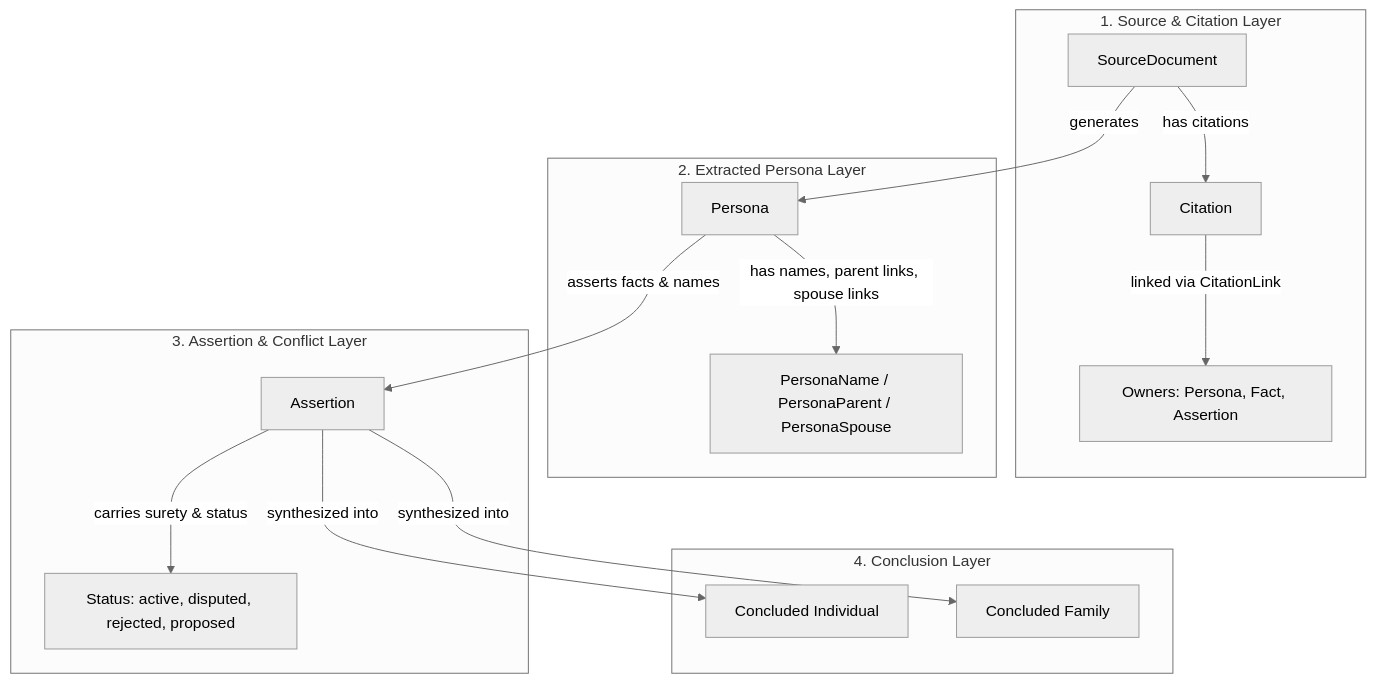
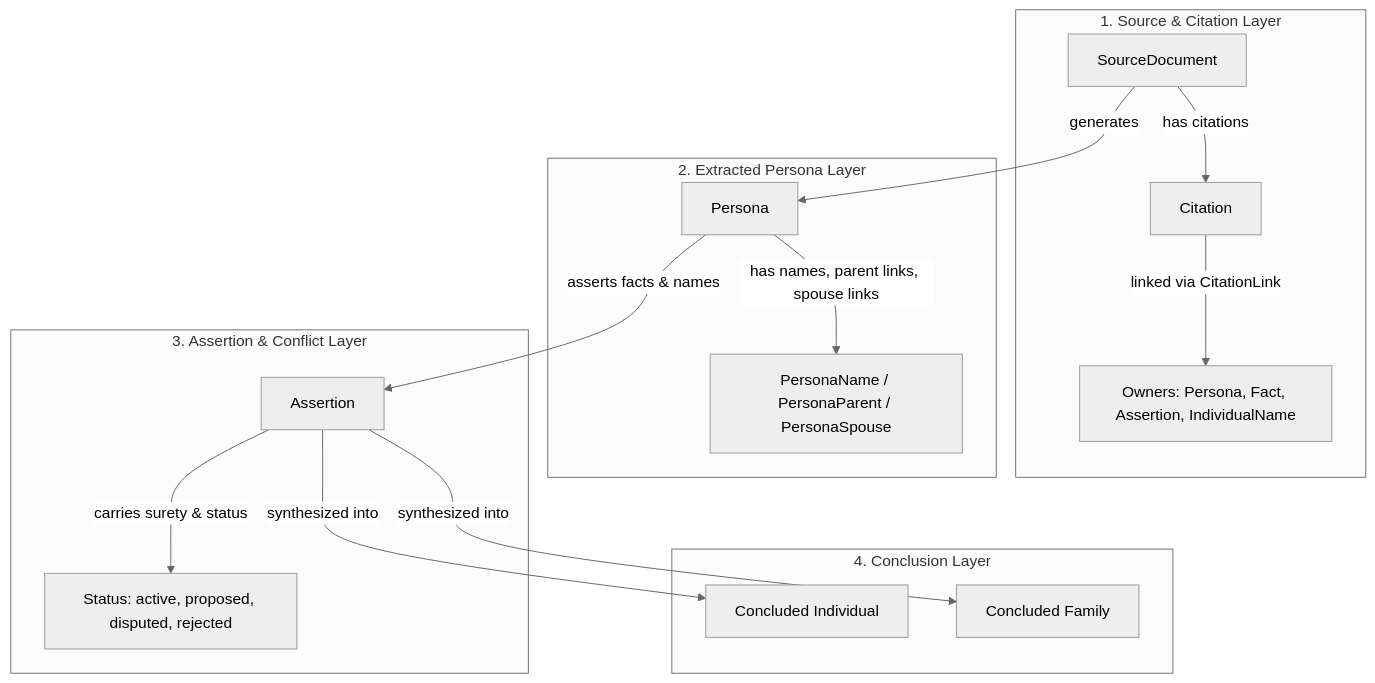
One commit to alerum68/Theogony changed the first of 2 diagrams in openwiki/concepts/evidence-first-philosophy.md. Above: the diagram before and after it, drawn with Mermaid (neutral theme). The commit also changed other lines of this file and 12 other files, not shown here.

````diff
--- a/openwiki/concepts/evidence-first-philosophy.md
+++ b/openwiki/concepts/evidence-first-philosophy.md
@@ -44,22 +47,22 @@
 ```mermaid
 graph TD
     subgraph Sources ["1. Source & Citation Layer"]
         SD[SourceDocument] -->|has citations| Cit[Citation]
-        Cit -->|linked via CitationLink| CL[Owners: Persona, Fact, Assertion]
+        Cit -->|linked via CitationLink| CL[Owners: Persona, Fact, Assertion, IndividualName]
     end
 
     subgraph Personas ["2. Extracted Persona Layer"]
         SD -->|generates| P[Persona]
         P -->|has names, parent links, spouse links| PN[PersonaName / PersonaParent / PersonaSpouse]
     end
 
     subgraph Assertions ["3. Assertion & Conflict Layer"]
         P -->|asserts facts & names| Ass[Assertion]
-        Ass -->|carries surety & status| Status[Status: active, disputed, rejected, proposed]
+        Ass -->|carries surety & status| Status[Status: active, proposed, disputed, rejected]
     end
 
     subgraph Conclusions ["4. Conclusion Layer"]
         Ass -->|synthesized into| Ind[Concluded Individual]
         Ass -->|synthesized into| Fam[Concluded Family]
     end
 ```
````
